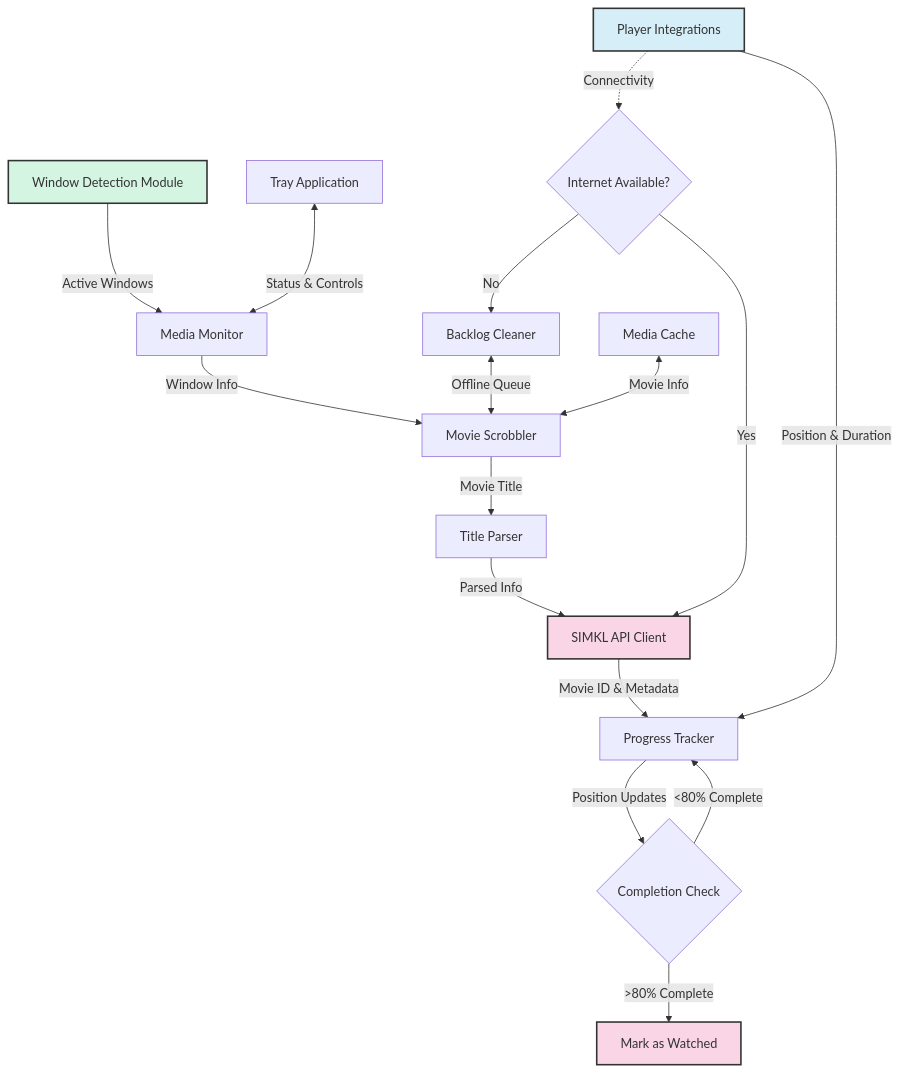
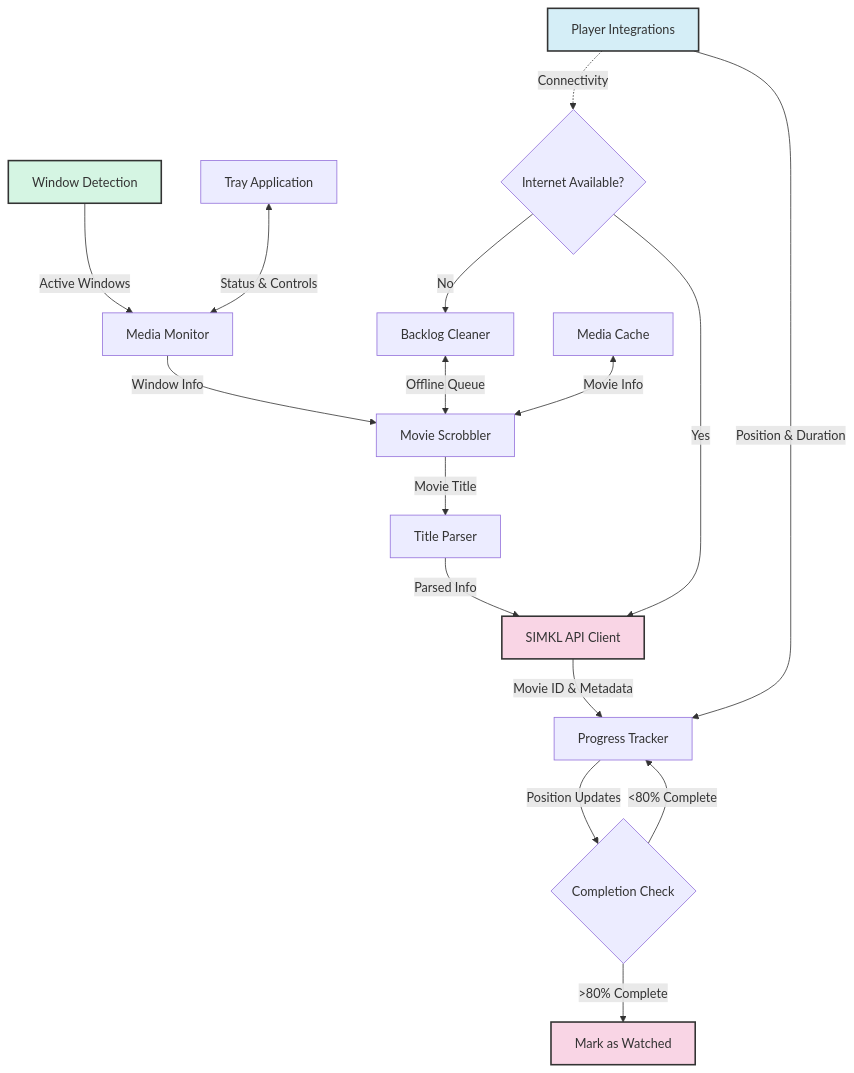
The first of 5 diagrams in docs/development.md (ByteTrix/Media-Player-Scrobbler-for-Simkl), drawn with Mermaid before and after one commit. The commit also changed other lines of this file and 7 other files, not shown here.

````diff
--- a/docs/development.md
+++ b/docs/development.md
@@ -141,25 +85,22 @@
 ```mermaid
 graph TD
-    A[Window Detection Module] -->|Active Windows| B[Media Monitor]
+    A[Window Detection] -->|Active Windows| B[Media Monitor]
     B -->|Window Info| C[Movie Scrobbler]
     C -->|Movie Title| D[Title Parser]
     D -->|Parsed Info| E[SIMKL API Client]
     E -->|Movie ID & Metadata| F[Progress Tracker]
     F -->|Position Updates| G{Completion Check}
     G -->|>80% Complete| H[Mark as Watched]
     G -->|<80% Complete| F
-    
     I[Player Integrations] -->|Position & Duration| F
     J[Backlog Cleaner] <-->|Offline Queue| C
     K[Media Cache] <-->|Movie Info| C
     L[Tray Application] <-->|Status & Controls| B
-    
     I -.->|Connectivity| M{Internet Available?}
     M -->|Yes| E
     M -->|No| J
-    
     style A fill:#d5f5e3,stroke:#333,stroke-width:2px
     style E fill:#f9d5e5,stroke:#333,stroke-width:2px
     style H fill:#f9d5e5,stroke:#333,stroke-width:2px
     style I fill:#d5eef7,stroke:#333,stroke-width:2px
 ```
````
